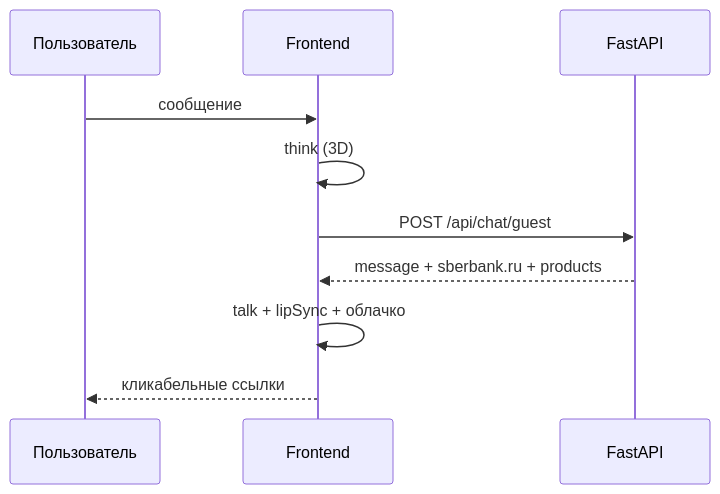
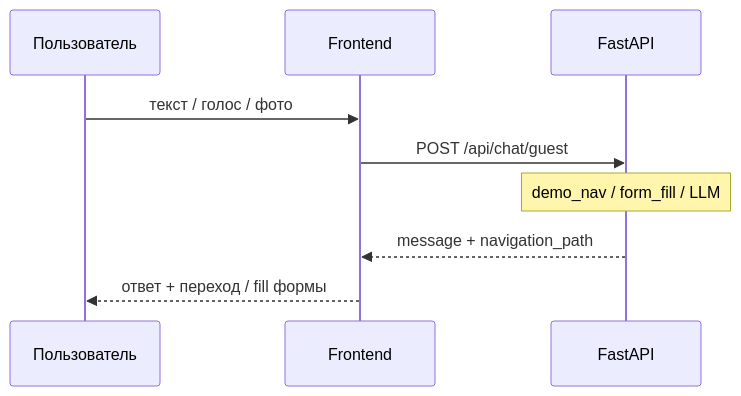
One commit to grrraaaa/mvp changed the second of 2 diagrams in docs/ARCHITECTURE.md. Above: the diagram before and after it, drawn with Mermaid. The commit also changed other lines of this file and 21 other files, not shown here.

````diff
--- a/docs/ARCHITECTURE.md
+++ b/docs/ARCHITECTURE.md
@@ -61,13 +65,12 @@
 ```mermaid
 sequenceDiagram
     participant U as Пользователь
     participant FE as Frontend
     participant BE as FastAPI
 
-    U->>FE: сообщение
-    FE->>FE: think (3D)
+    U->>FE: текст / голос / фото
     FE->>BE: POST /api/chat/guest
-    BE-->>FE: message + sberbank.ru + products
-    FE->>FE: talk + lipSync + облачко
-    FE-->>U: кликабельные ссылки
+    Note over BE: demo_nav / form_fill / LLM
+    BE-->>FE: message + navigation_path
+    FE-->>U: ответ + переход / fill формы
 ```
````
